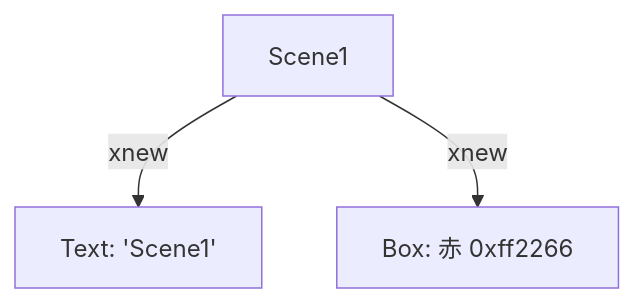
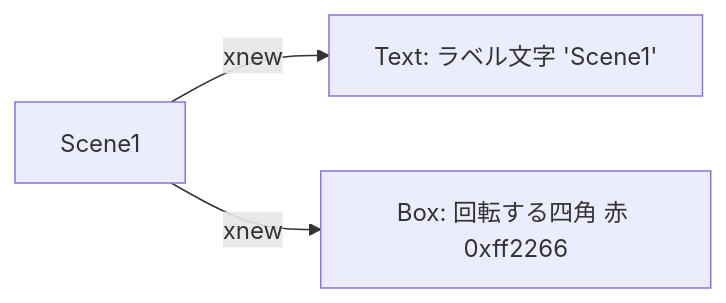
The first of 2 diagrams in examples/2_extends/pixi_scenechange/STRUCTURE.md (mulsense/xnew), drawn with Mermaid before and after one commit. The commit also changed other lines of this file and 2 other files, not shown here.

Commit message:
feat: tohoku_drop の構造図を追加しスキルの図表現を改善
xnew-structure スキルで tohoku_drop を可視化した STRUCTURE.md を追加。
あわせて図の表現を改善:
- flowchart を LR にし、子ノードを縦に積んで横圧縮を回避
- 各ノードに役割の簡単な説明を必須化
これらを SKILL.md と既存の pixi_scenechange/STRUCTURE.md にも反映。

````diff
--- a/examples/2_extends/pixi_scenechange/STRUCTURE.md
+++ b/examples/2_extends/pixi_scenechange/STRUCTURE.md
@@ -11,5 +11,5 @@
 ```mermaid
-flowchart TD
-    Scene1 -->|xnew| Text["Text: 'Scene1'"]
-    Scene1 -->|xnew| Box["Box: 赤 0xff2266"]
+flowchart LR
+    Scene1 -->|xnew| Text["Text: ラベル文字 'Scene1'"]
+    Scene1 -->|xnew| Box["Box: 回転する四角 赤 0xff2266"]
 ```
````
